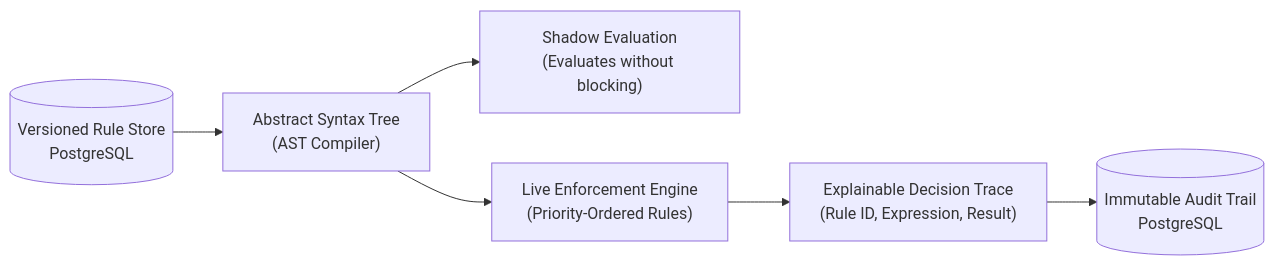
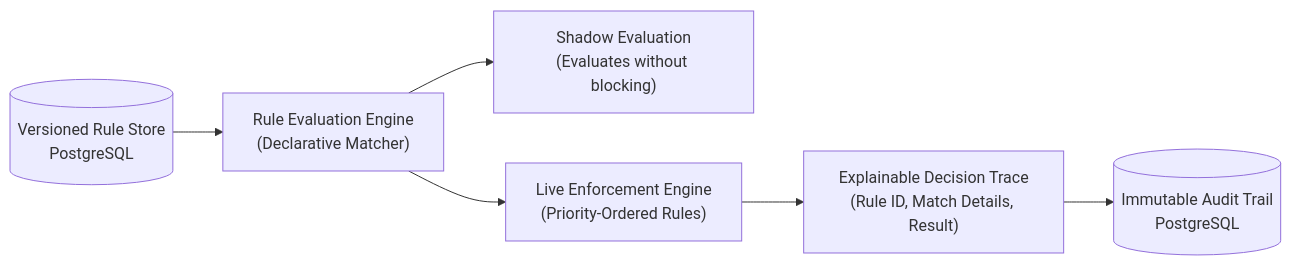
The fifth of 7 diagrams in docs/ARCHITECTURE.md (saipranav22-commits/gatekeeper), drawn with Mermaid before and after one commit. The commit also changed other lines of this file and 9 other files, not shown here.

````diff
--- a/docs/ARCHITECTURE.md
+++ b/docs/ARCHITECTURE.md
@@ -170,8 +170,8 @@
 ```mermaid
 flowchart LR
-    RuleStore[("Versioned Rule Store\nPostgreSQL")] --> ASTBuilder["Abstract Syntax Tree\n(AST Compiler)"]
+    RuleStore[("Versioned Rule Store\nPostgreSQL")] --> ASTBuilder["Rule Evaluation Engine\n(Declarative Matcher)"]
     ASTBuilder --> ShadowMode["Shadow Evaluation\n(Evaluates without blocking)"]
     ASTBuilder --> LiveEngine["Live Enforcement Engine\n(Priority-Ordered Rules)"]
-    LiveEngine --> DecisionTrace["Explainable Decision Trace\n(Rule ID, Expression, Result)"]
+    LiveEngine --> DecisionTrace["Explainable Decision Trace\n(Rule ID, Match Details, Result)"]
     DecisionTrace --> AuditLog[("Immutable Audit Trail\nPostgreSQL")]
 ```
````
